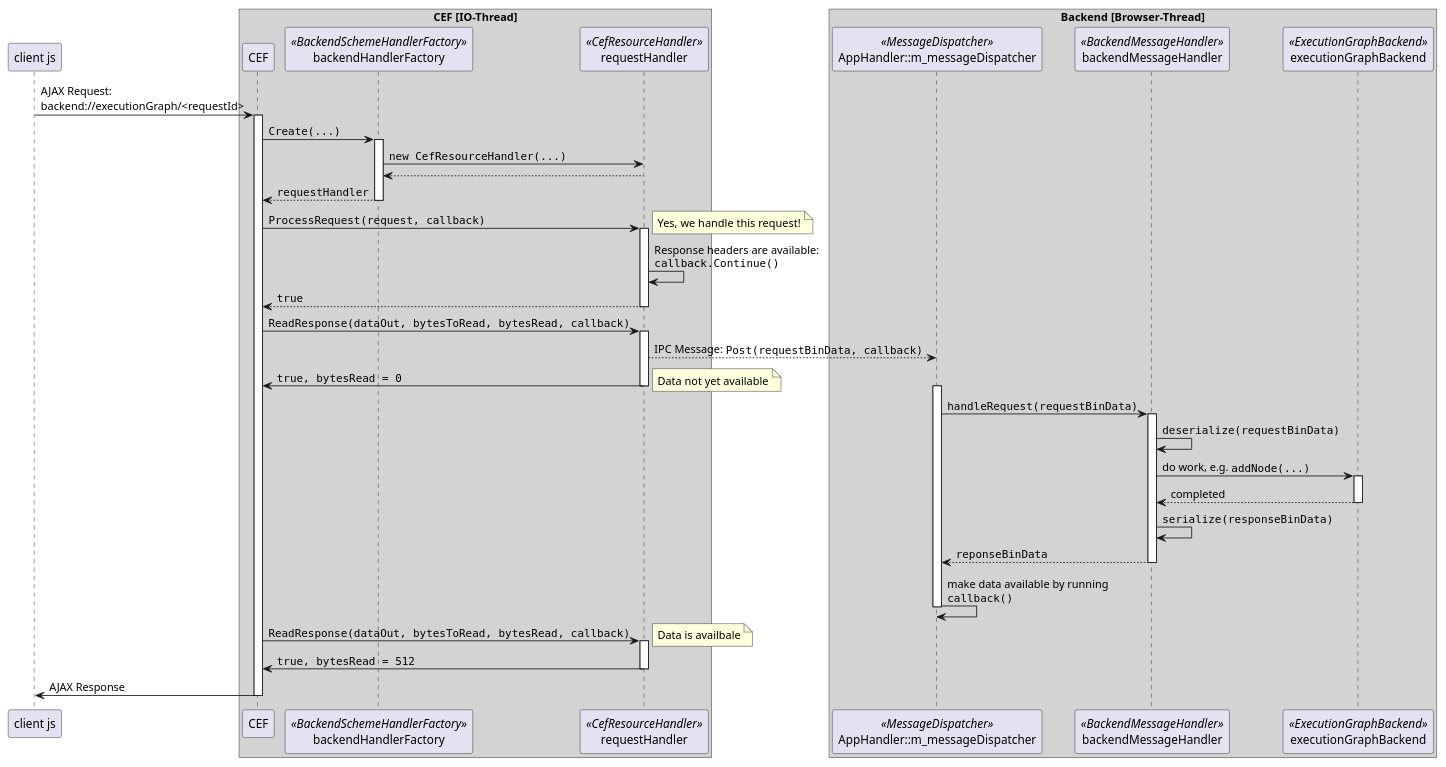
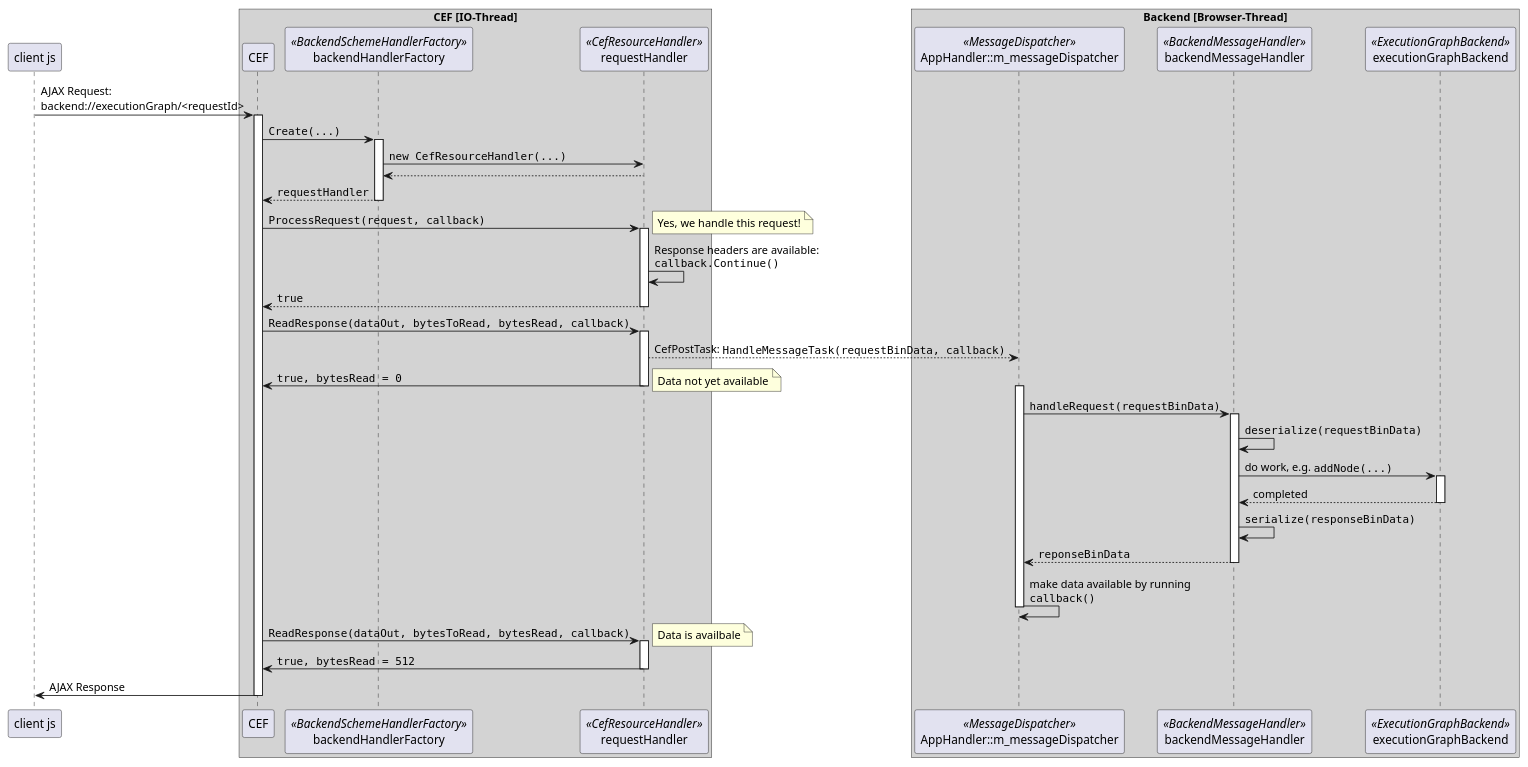
One commit to gabyx/ExecutionGraph changed the diagram in gui/specs/ajax-backend-comm.plantuml. Above: the diagram before and after it, drawn with PlantUML. The commit also changed 5 other files, not shown here.

Commit message:
xhr post data from http://executiongraph-backend works

```diff
--- a/gui/specs/ajax-backend-comm.plantuml
+++ b/gui/specs/ajax-backend-comm.plantuml
@@ -1,64 +1,64 @@
 @startuml
 participant client as "client js"
 
 box "CEF [IO-Thread]" #LightGrey
 participant CEF
 
 participant backendHandlerFactory << BackendSchemeHandlerFactory >>
 participant requestHandler << CefResourceHandler >>
 end box
 
 box "Backend [Browser-Thread]" #LightGrey
 	participant messageDispatcher as "AppHandler::m_messageDispatcher" <<MessageDispatcher>>
 	participant backendMessageHandler <<BackendMessageHandler>>
     participant executionGraphBackend <<ExecutionGraphBackend>>
 end box
 
 client -> CEF : AJAX Request:\nbackend://executionGraph/<requestId>
 activate CEF
 
     CEF -> backendHandlerFactory : ""Create(...)""
     activate backendHandlerFactory
         backendHandlerFactory -> requestHandler : ""new CefResourceHandler(...)""
         backendHandlerFactory <-- requestHandler
 
         CEF <-- backendHandlerFactory : ""requestHandler""
     deactivate backendHandlerFactory
 
     CEF -> requestHandler : ""ProcessRequest(request, callback)""
     activate requestHandler
         note right: Yes, we handle this request!
         requestHandler -> requestHandler : Response headers are available:\n""callback.Continue()"" 
         CEF <-- requestHandler : ""true""
     deactivate requestHandler
 
     CEF -> requestHandler : ""ReadResponse(dataOut, bytesToRead, bytesRead, callback)""
     activate requestHandler
-        requestHandler --> messageDispatcher : IPC Message: ""Post(requestBinData, callback)"" 
+        requestHandler --> messageDispatcher : CefPostTask: ""HandleMessageTask(requestBinData, callback)"" 
         CEF <- requestHandler : ""true, bytesRead = 0""
         note right: Data not yet available
     deactivate requestHandler
 
     activate messageDispatcher
     messageDispatcher -> backendMessageHandler : ""handleRequest(requestBinData)""
         activate backendMessageHandler
             backendMessageHandler -> backendMessageHandler : ""deserialize(requestBinData)""
             backendMessageHandler -> executionGraphBackend : do work, e.g. ""addNode(...)""
             activate executionGraphBackend
                 backendMessageHandler <-- executionGraphBackend : completed
             deactivate executionGraphBackend
             backendMessageHandler -> backendMessageHandler : ""serialize(responseBinData)""
             messageDispatcher <-- backendMessageHandler : ""reponseBinData""
         deactivate backendMessageHandler
     messageDispatcher -> messageDispatcher : make data available by running\n""callback()""
     deactivate messageDispatcher
 
     CEF -> requestHandler : ""ReadResponse(dataOut, bytesToRead, bytesRead, callback)""
     activate requestHandler
          note right: Data is availbale
         CEF <- requestHandler : ""true, bytesRead = 512""
     deactivate requestHandler
 
     CEF -> client : AJAX Response
 deactivate CEF
 @enduml
```
